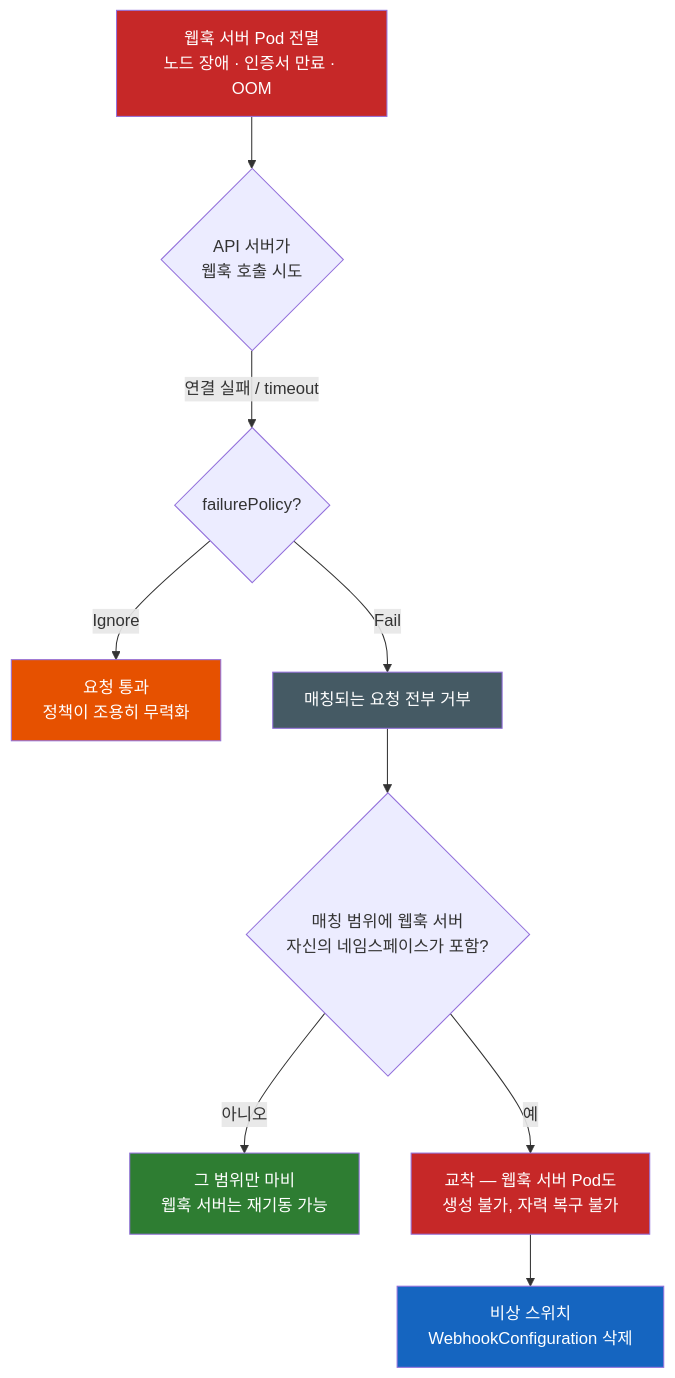
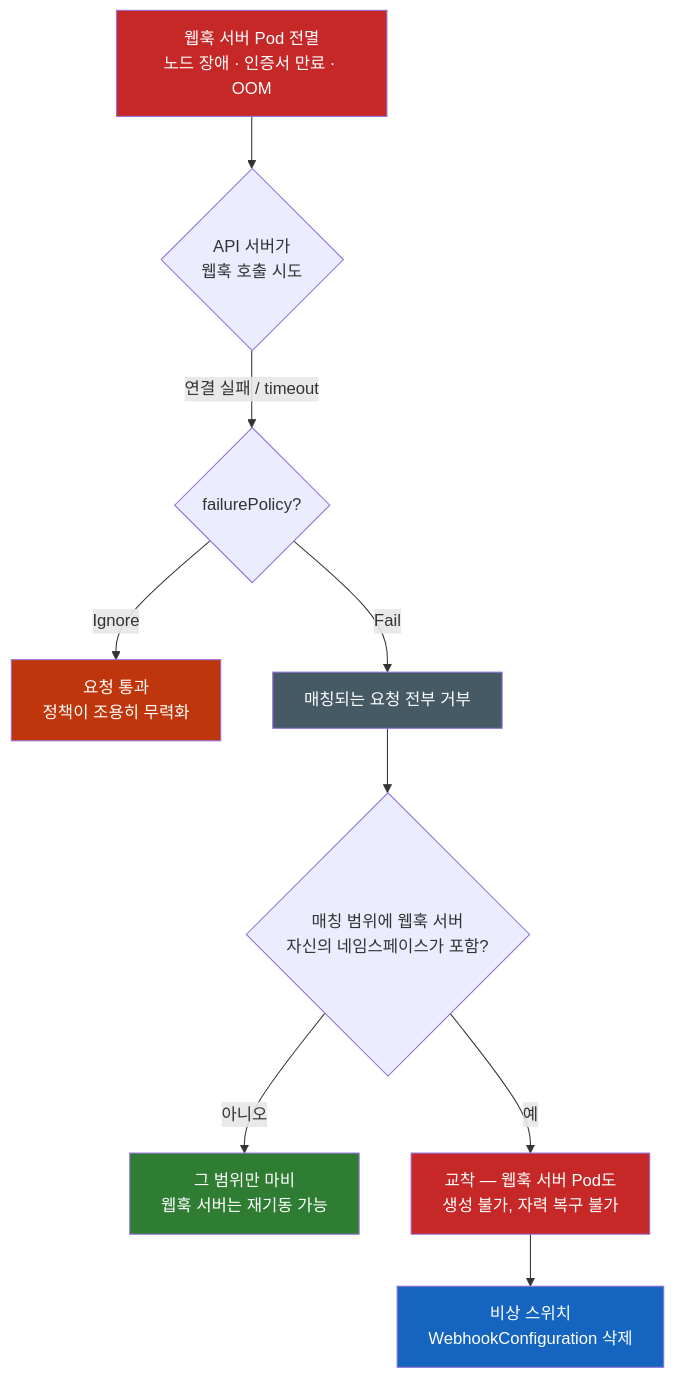
The third of 3 diagrams in kubernetes/Kubernetes-Admission-Webhook.md (sskim91/TIL), drawn with Mermaid before and after one commit. The commit also changed other lines of this file and 39 other files, not shown here.

````diff
--- a/kubernetes/Kubernetes-Admission-Webhook.md
+++ b/kubernetes/Kubernetes-Admission-Webhook.md
@@ -304,19 +304,19 @@
 ```mermaid
 flowchart TD
     down["웹훅 서버 Pod 전멸<br>노드 장애 · 인증서 만료 · OOM"]
     down --> attempt{"API 서버가<br>웹훅 호출 시도"}
     attempt -->|"연결 실패 / timeout"| fp{"failurePolicy?"}
     fp -->|"Ignore"| ig["요청 통과<br>정책이 조용히 무력화"]
     fp -->|"Fail"| rej["매칭되는 요청 전부 거부"]
     rej --> self{"매칭 범위에 웹훅 서버<br>자신의 네임스페이스가 포함?"}
     self -->|"아니오"| partial["그 범위만 마비<br>웹훅 서버는 재기동 가능"]
     self -->|"예"| dead["교착 — 웹훅 서버 Pod도<br>생성 불가, 자력 복구 불가"]
     dead --> esc["비상 스위치<br>WebhookConfiguration 삭제"]
 
     style down fill:#C62828,color:#fff
-    style ig fill:#E65100,color:#fff
+    style ig fill:#BF360C,color:#fff
     style rej fill:#455A64,color:#fff
     style partial fill:#2E7D32,color:#fff
     style dead fill:#C62828,color:#fff
     style esc fill:#1565C0,color:#fff
 ```
````
